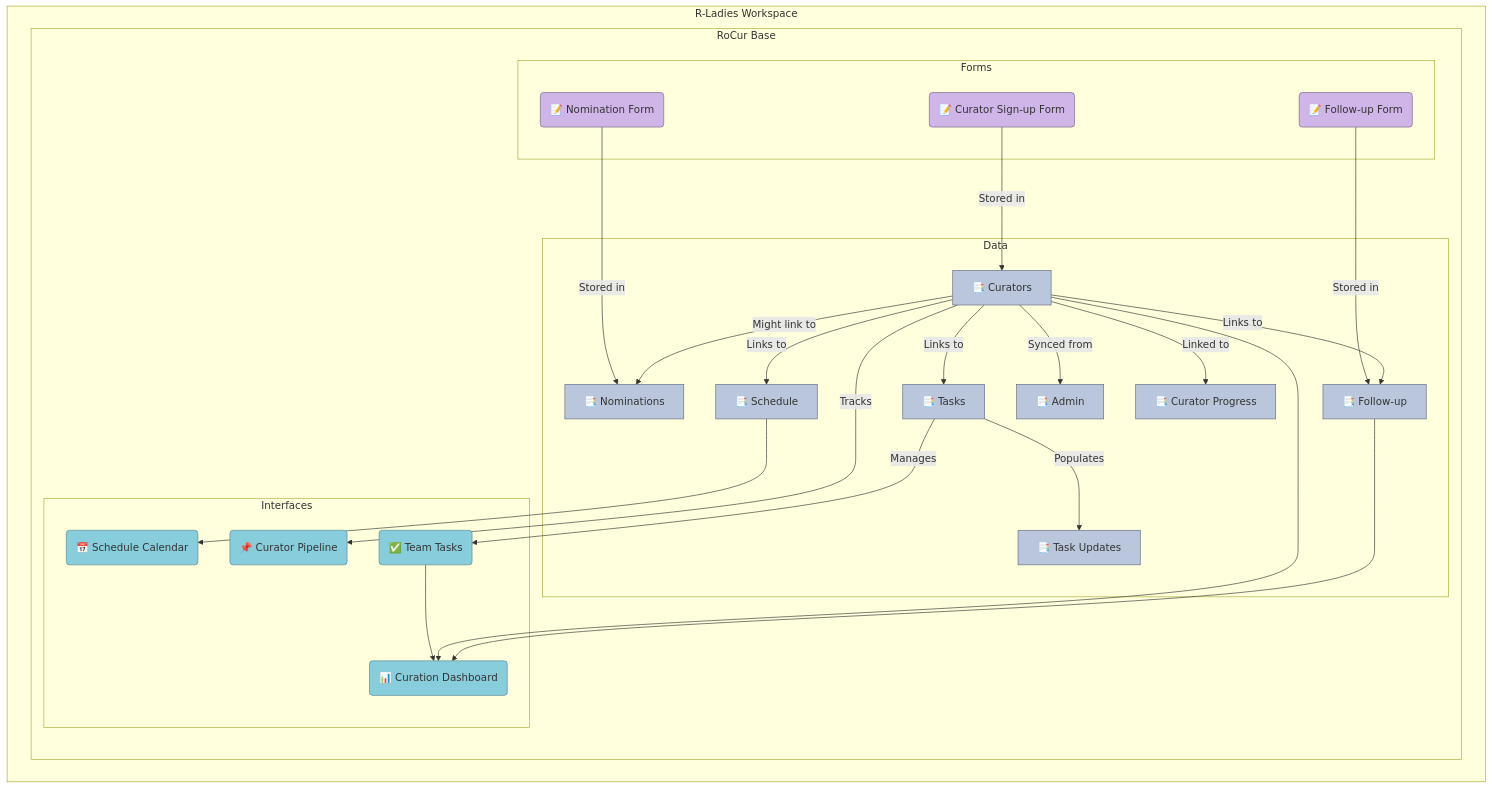
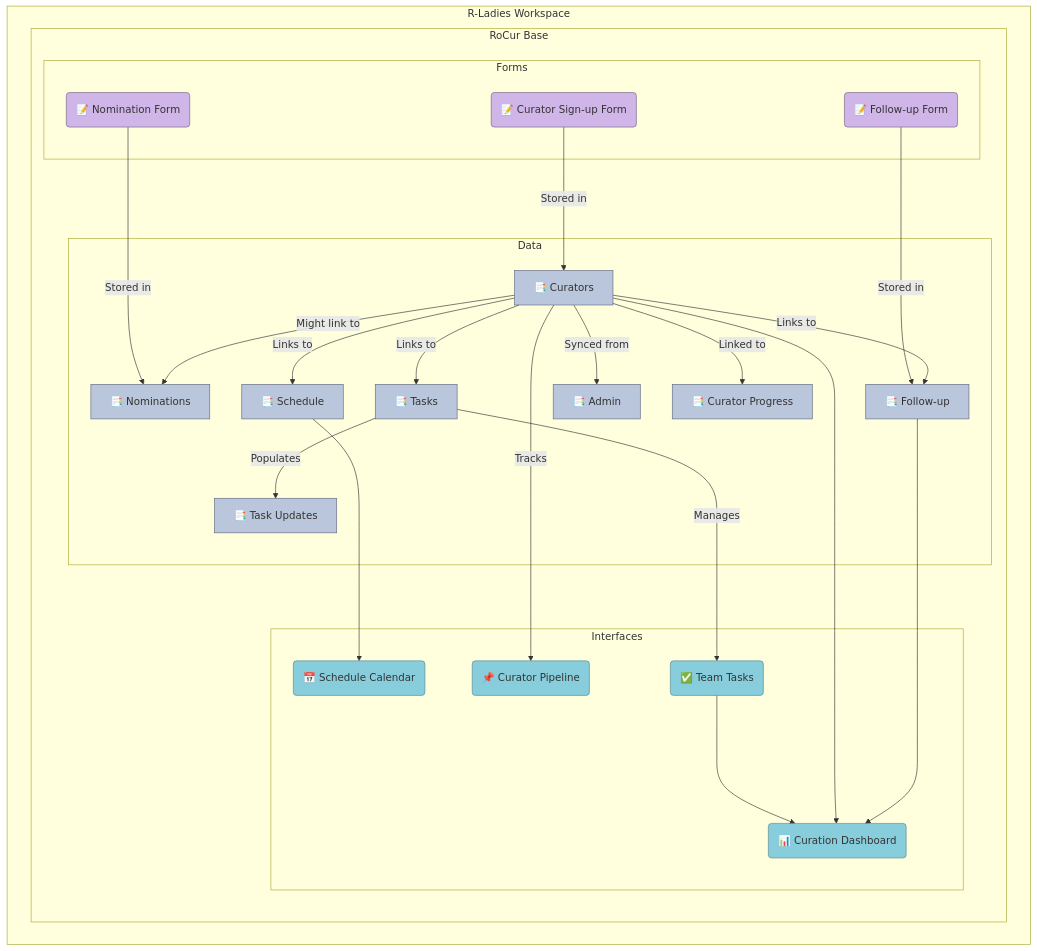
One commit to rladies/rladiesguide changed the first of 2 diagrams in content/rocur/admin guide/airtable/index.en.md. Above: the diagram before and after it, drawn with Mermaid.

Commit message:
make better placement of interface in mermaid

```diff
--- a/content/rocur/admin guide/airtable/index.en.md
+++ b/content/rocur/admin guide/airtable/index.en.md
@@ -10,74 +10,74 @@
 {{<mermaid  align="left">}}
 
 graph TD;
 
 subgraph R-Ladies Workspace
 
 subgraph RoCur Base
 
       subgraph Data
         NominationsTable["📑 Nominations"]
         CuratorsTable["📑 Curators"]
         ScheduleTable["📑 Schedule"]
         FollowUpTable["📑 Follow-up"]
         TasksTable["📑 Tasks"]
         AdminTable["📑 Admin"]
         TaskUpdatesTable["📑 Task Updates"]
         CuratorProgressTable["📑 Curator Progress"]
       end
 
       subgraph Forms
         NominationForm("📝 Nomination Form")
         SignupForm("📝 Curator Sign-up Form")
         FollowUpForm("📝 Follow-up Form")
       end
 
       subgraph Interfaces
         Dashboard("📊 Curation Dashboard")
         Calendar("📅 Schedule Calendar")
         Pipeline("📌 Curator Pipeline")
         TeamTasks("✅ Team Tasks")
       end
 
 end
 end
 
 %% Connections
 NominationForm -->|Stored in| NominationsTable
 SignupForm -->|Stored in| CuratorsTable
 FollowUpForm -->|Stored in| FollowUpTable
 CuratorsTable -->|Links to| ScheduleTable
-ScheduleTable --> Calendar
-CuratorsTable -->|Tracks| Pipeline
-TasksTable -->|Manages| TeamTasks
 CuratorsTable -->|Links to| FollowUpTable
 CuratorsTable -->|Links to| TasksTable
 CuratorsTable -->|Might link to| NominationsTable
 
-TeamTasks --> Dashboard
-CuratorsTable --> Dashboard
-FollowUpTable --> Dashboard
+ScheduleTable ---> Calendar
+CuratorsTable --->|Tracks| Pipeline
+TasksTable --->|Manages| TeamTasks
+TeamTasks ---> Dashboard
+CuratorsTable ---> Dashboard
+FollowUpTable ---> Dashboard
 
 CuratorsTable -->|Synced from| AdminTable
 TasksTable -->|Populates| TaskUpdatesTable
 CuratorsTable -->|Linked to| CuratorProgressTable
 
 style NominationsTable fill:#a9b8dbcc,stroke:#616a80;
 style CuratorsTable fill:#a9b8dbcc,stroke:#616a80;
 style ScheduleTable fill:#a9b8dbcc,stroke:#616a80;
 style FollowUpTable fill:#a9b8dbcc,stroke:#616a80;
 style TasksTable fill:#a9b8dbcc,stroke:#616a80;
 style AdminTable fill:#a9b8dbcc,stroke:#616a80;
 style TaskUpdatesTable fill:#a9b8dbcc,stroke:#616a80;
 style CuratorProgressTable fill:#a9b8dbcc,stroke:#616a80;
 
 style NominationForm fill:#cfb5e8,stroke:#736382;
 style SignupForm fill:#cfb5e8,stroke:#736382;
 style FollowUpForm fill:#cfb5e8,stroke:#736382;
 
 style Dashboard fill:#88cddb,stroke:#578891;
 style Calendar fill:#88cddb,stroke:#578891;
 style Pipeline fill:#88cddb,stroke:#578891;
 style TeamTasks fill:#88cddb,stroke:#578891;
 
 {{< /mermaid >}}
```
